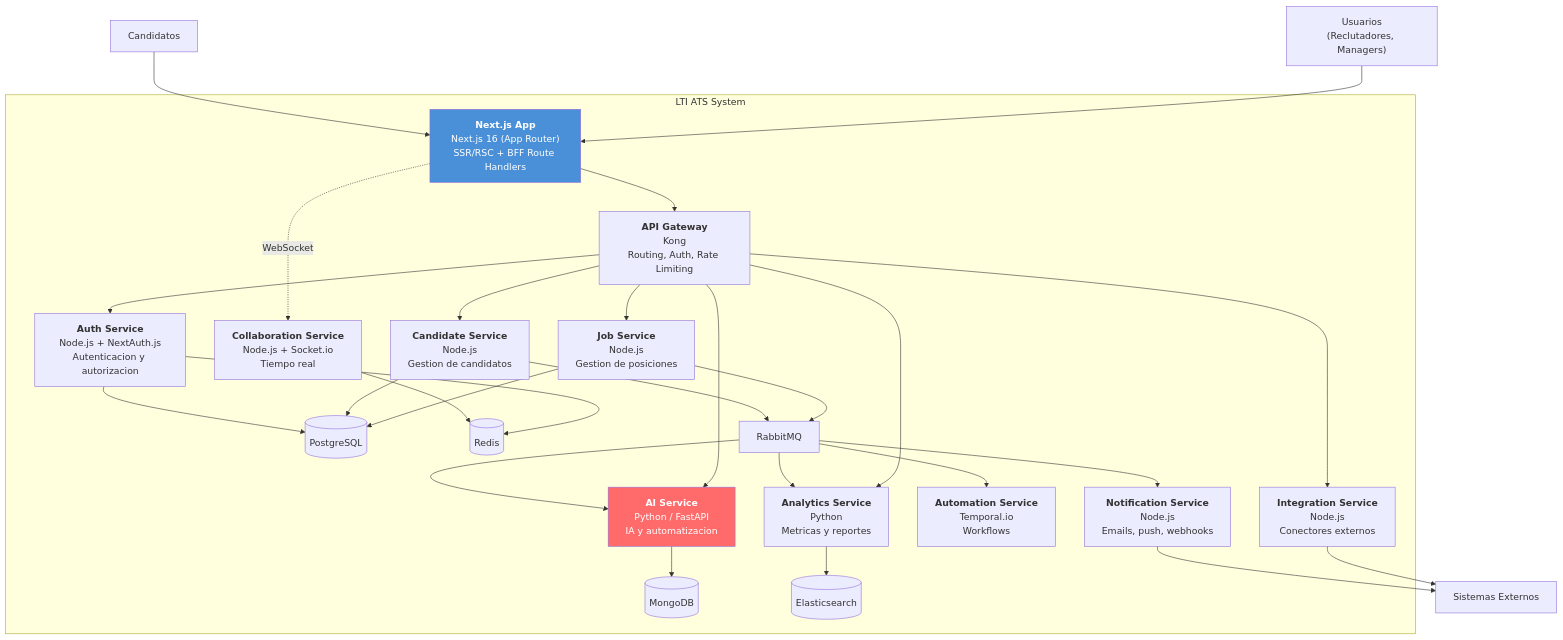
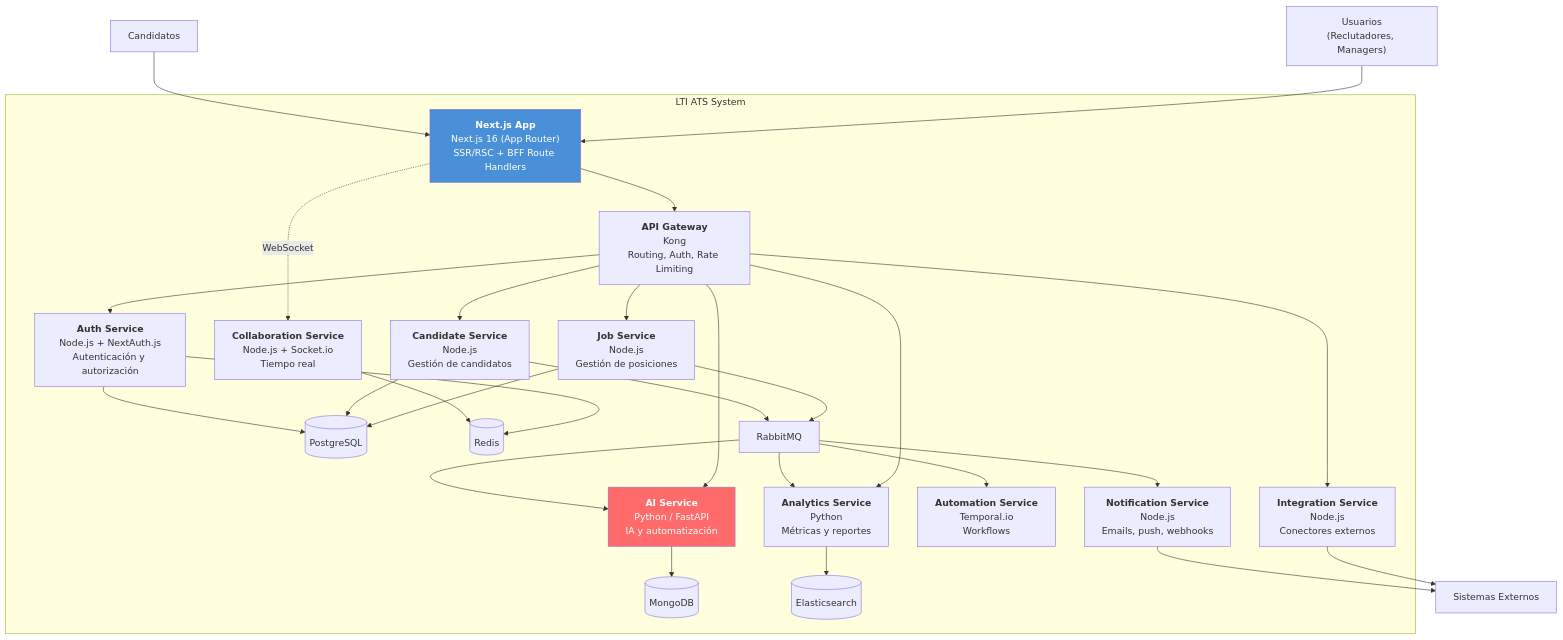
One commit to mrbicho/AI4Devs-design-1-202602-Seniors changed the eighth of 9 diagrams in lti/LTI-DMM/LTI-DMM.md. Above: the diagram before and after it, drawn with Mermaid. The commit also changed other lines of this file and 1 other file, not shown here.

````diff
--- a/lti/LTI-DMM/LTI-DMM.md
+++ b/lti/LTI-DMM/LTI-DMM.md
@@ -933,59 +933,59 @@
 ```mermaid
 graph TB
     subgraph "LTI ATS System"
         NEXTJS["<b>Next.js App</b><br/>Next.js 16 (App Router)<br/>SSR/RSC + BFF Route Handlers"]
         AGW["<b>API Gateway</b><br/>Kong<br/>Routing, Auth, Rate Limiting"]
 
-        AUTH["<b>Auth Service</b><br/>Node.js + NextAuth.js<br/>Autenticacion y autorizacion"]
-        JOB["<b>Job Service</b><br/>Node.js<br/>Gestion de posiciones"]
-        CAND_SVC["<b>Candidate Service</b><br/>Node.js<br/>Gestion de candidatos"]
+        AUTH["<b>Auth Service</b><br/>Node.js + NextAuth.js<br/>Autenticación y autorización"]
+        JOB["<b>Job Service</b><br/>Node.js<br/>Gestión de posiciones"]
+        CAND_SVC["<b>Candidate Service</b><br/>Node.js<br/>Gestión de candidatos"]
         COLLAB["<b>Collaboration Service</b><br/>Node.js + Socket.io<br/>Tiempo real"]
-        AI_SVC["<b>AI Service</b><br/>Python / FastAPI<br/>IA y automatizacion"]
+        AI_SVC["<b>AI Service</b><br/>Python / FastAPI<br/>IA y automatización"]
         NOTIF["<b>Notification Service</b><br/>Node.js<br/>Emails, push, webhooks"]
         AUTO["<b>Automation Service</b><br/>Temporal.io<br/>Workflows"]
         INTEG["<b>Integration Service</b><br/>Node.js<br/>Conectores externos"]
-        ANALYTICS_SVC["<b>Analytics Service</b><br/>Python<br/>Metricas y reportes"]
+        ANALYTICS_SVC["<b>Analytics Service</b><br/>Python<br/>Métricas y reportes"]
 
         PG[("PostgreSQL")]
         MONGO[("MongoDB")]
         REDIS[("Redis")]
         ES_DB[("Elasticsearch")]
         MQ["RabbitMQ"]
     end
 
     USER["Usuarios<br/>(Reclutadores, Managers)"]
     CANDIDATE["Candidatos"]
     EXTERNAL["Sistemas Externos"]
 
     USER --> NEXTJS
     CANDIDATE --> NEXTJS
     NEXTJS --> AGW
     AGW --> AUTH
     AGW --> JOB
     AGW --> CAND_SVC
     AGW --> AI_SVC
     AGW --> ANALYTICS_SVC
     AGW --> INTEG
     NEXTJS -.->|WebSocket| COLLAB
 
     JOB --> PG
     CAND_SVC --> PG
     AUTH --> PG
     AUTH --> REDIS
     AI_SVC --> MONGO
     COLLAB --> REDIS
     ANALYTICS_SVC --> ES_DB
 
     JOB --> MQ
     CAND_SVC --> MQ
     MQ --> AI_SVC
     MQ --> NOTIF
     MQ --> AUTO
     MQ --> ANALYTICS_SVC
 
     INTEG --> EXTERNAL
     NOTIF --> EXTERNAL
 
     style AI_SVC fill:#FF6B6B,color:#fff
     style NEXTJS fill:#4A90D9,color:#fff
 ```
````
